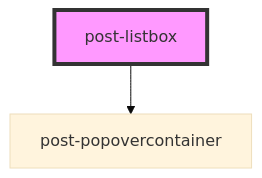
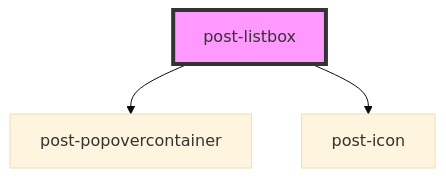
The diagram in packages/components/src/components/post-listbox/readme.md (swisspost/design-system), drawn with Mermaid (base theme) before and after one commit. The commit also changed other lines of this file and 3 other files, not shown here.

````diff
--- a/packages/components/src/components/post-listbox/readme.md
+++ b/packages/components/src/components/post-listbox/readme.md
@@ -96,5 +97,6 @@
 ```mermaid
 graph TD;
   post-listbox --> post-popovercontainer
+  post-listbox --> post-icon
   style post-listbox fill:#f9f,stroke:#333,stroke-width:4px
 ```
````
